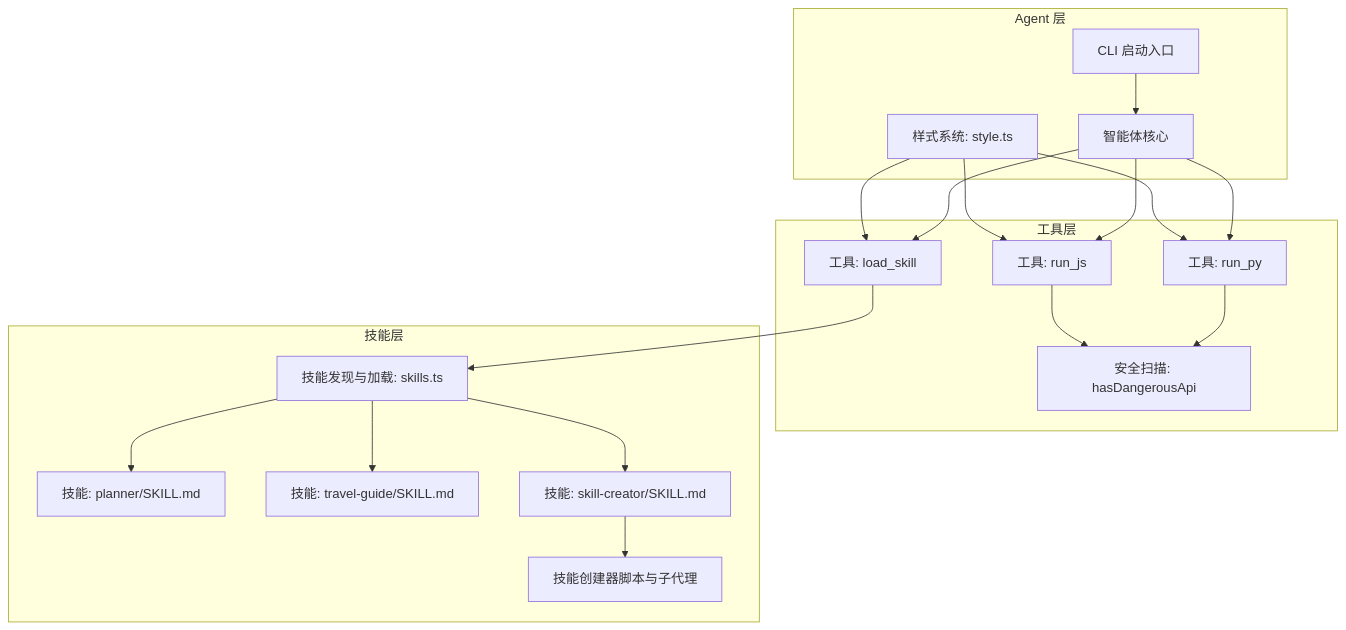
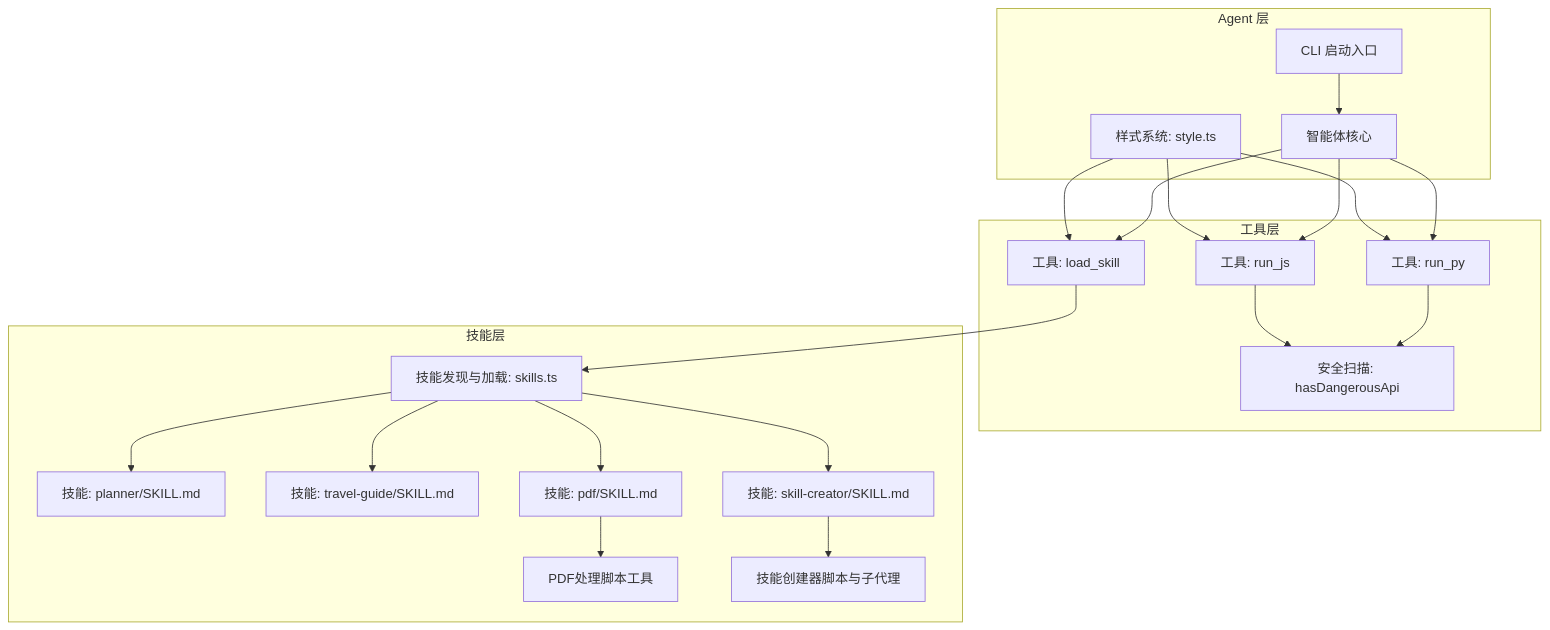
Before and after one commit to HAOFUYANG/onion-code: the first of 7 diagrams in .qoder/repowiki/zh/content/技能系统/技能系统.md, drawn with Mermaid. The commit also changed other lines of this file and 12 other files, not shown here.

````diff
--- a/.qoder/repowiki/zh/content/技能系统/技能系统.md
+++ b/.qoder/repowiki/zh/content/技能系统/技能系统.md
@@ -55,35 +65,39 @@
 ```mermaid
 graph TB
 subgraph "Agent 层"
 CLI["CLI 启动入口"]
 Agent["智能体核心"]
 Style["样式系统: style.ts"]
 end
 subgraph "工具层"
 LoadSkill["工具: load_skill"]
 RunJS["工具: run_js"]
 RunPy["工具: run_py"]
 Security["安全扫描: hasDangerousApi"]
 Style --> LoadSkill
 Style --> RunJS
 Style --> RunPy
 end
 subgraph "技能层"
 SkillsTS["技能发现与加载: skills.ts"]
 Planner["技能: planner/SKILL.md"]
 TravelGuide["技能: travel-guide/SKILL.md"]
+PDF["技能: pdf/SKILL.md"]
 SkillCreator["技能: skill-creator/SKILL.md"]
+PDFScripts["PDF处理脚本工具"]
 Scripts["技能创建器脚本与子代理"]
 end
 CLI --> Agent
 Agent --> LoadSkill
 Agent --> RunJS
 Agent --> RunPy
 LoadSkill --> SkillsTS
 RunJS --> Security
 RunPy --> Security
 SkillsTS --> Planner
 SkillsTS --> TravelGuide
+SkillsTS --> PDF
 SkillsTS --> SkillCreator
+PDF --> PDFScripts
 SkillCreator --> Scripts
 ```
````
